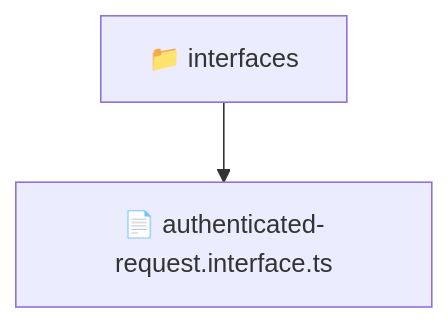
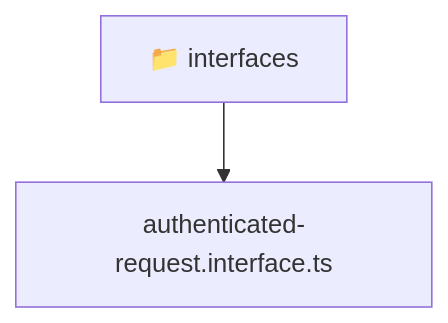
Before and after one commit to beginwebdev2002/fullstack-mavluda: the diagram in backend/src/common/interfaces/README.md, drawn with Mermaid. The commit also changed other lines of this file and 167 other files, not shown here.

````diff
--- a/backend/src/common/interfaces/README.md
+++ b/backend/src/common/interfaces/README.md
@@ -9,5 +9,6 @@
 ```mermaid
 graph TD
-  Root["📁 interfaces"]
-  Root --> authenticated_request_interface_ts["📄 authenticated-request.interface.ts"]
+  Root_interfaces["📁 interfaces"]
+  f_authenticated_request_interface_ts["authenticated-request.interface.ts"]
+  Root_interfaces --> f_authenticated_request_interface_ts
 ```
````
